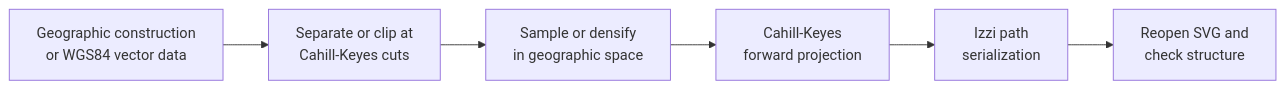
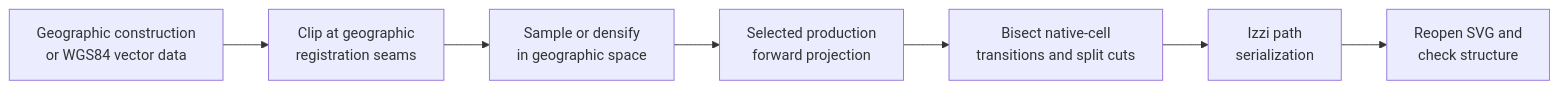
The diagram in docs/generation.md (bdekoz/cartofreako), drawn with Mermaid before and after one commit. The commit also changed other lines of this file and 35 other files, not shown here.

````diff
--- a/docs/generation.md
+++ b/docs/generation.md
@@ -95,11 +115,12 @@
 ```mermaid
 flowchart LR
   SOURCE["Geographic construction<br/>or WGS84 vector data"]
-  CUT["Separate or clip at<br/>Cahill-Keyes cuts"]
+  CUT["Clip at geographic<br/>registration seams"]
   DENSE["Sample or densify<br/>in geographic space"]
-  PROJECT["Cahill-Keyes<br/>forward projection"]
+  PROJECT["Selected production<br/>forward projection"]
+  SPLIT["Bisect native-cell<br/>transitions and split cuts"]
   SVG["Izzi path<br/>serialization"]
   CHECK["Reopen SVG and<br/>check structure"]
 
-  SOURCE --> CUT --> DENSE --> PROJECT --> SVG --> CHECK
+  SOURCE --> CUT --> DENSE --> PROJECT --> SPLIT --> SVG --> CHECK
 ```
````
